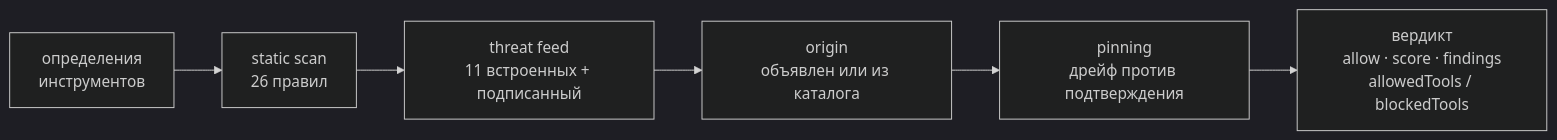
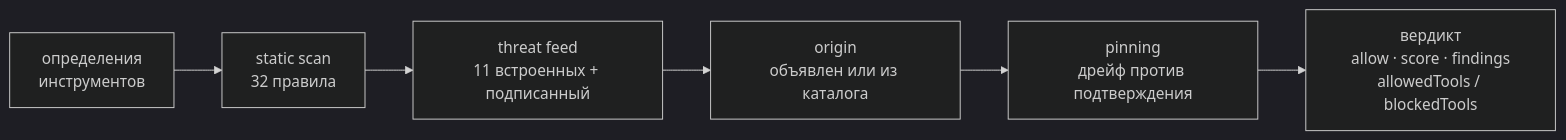
The diagram in README-ru.md (alexar76/warden), drawn with Mermaid (dark theme) before and after one commit. The commit also changed other lines of this file and 68 other files, not shown here.

````diff
--- a/README-ru.md
+++ b/README-ru.md
@@ -188,8 +196,8 @@
 ```mermaid
 flowchart LR
-  T["определения<br/>инструментов"] --> S["static scan<br/>26 правил"]
+  T["определения<br/>инструментов"] --> S["static scan<br/>32 правила"]
   S --> F["threat feed<br/>11 встроенных + подписанный"]
   F --> O["origin<br/>объявлен или из каталога"]
   O --> P["pinning<br/>дрейф против подтверждения"]
   P --> V["вердикт<br/>allow · score · findings<br/>allowedTools / blockedTools"]
 ```
````
